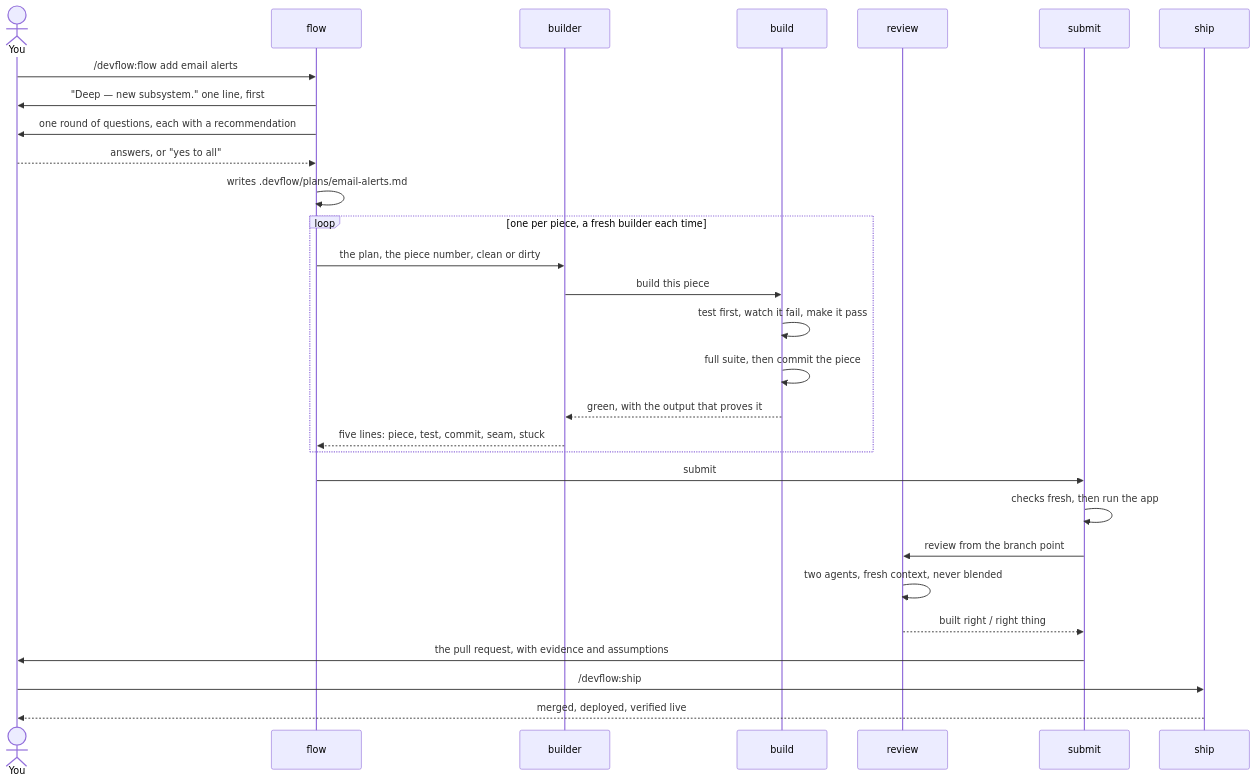
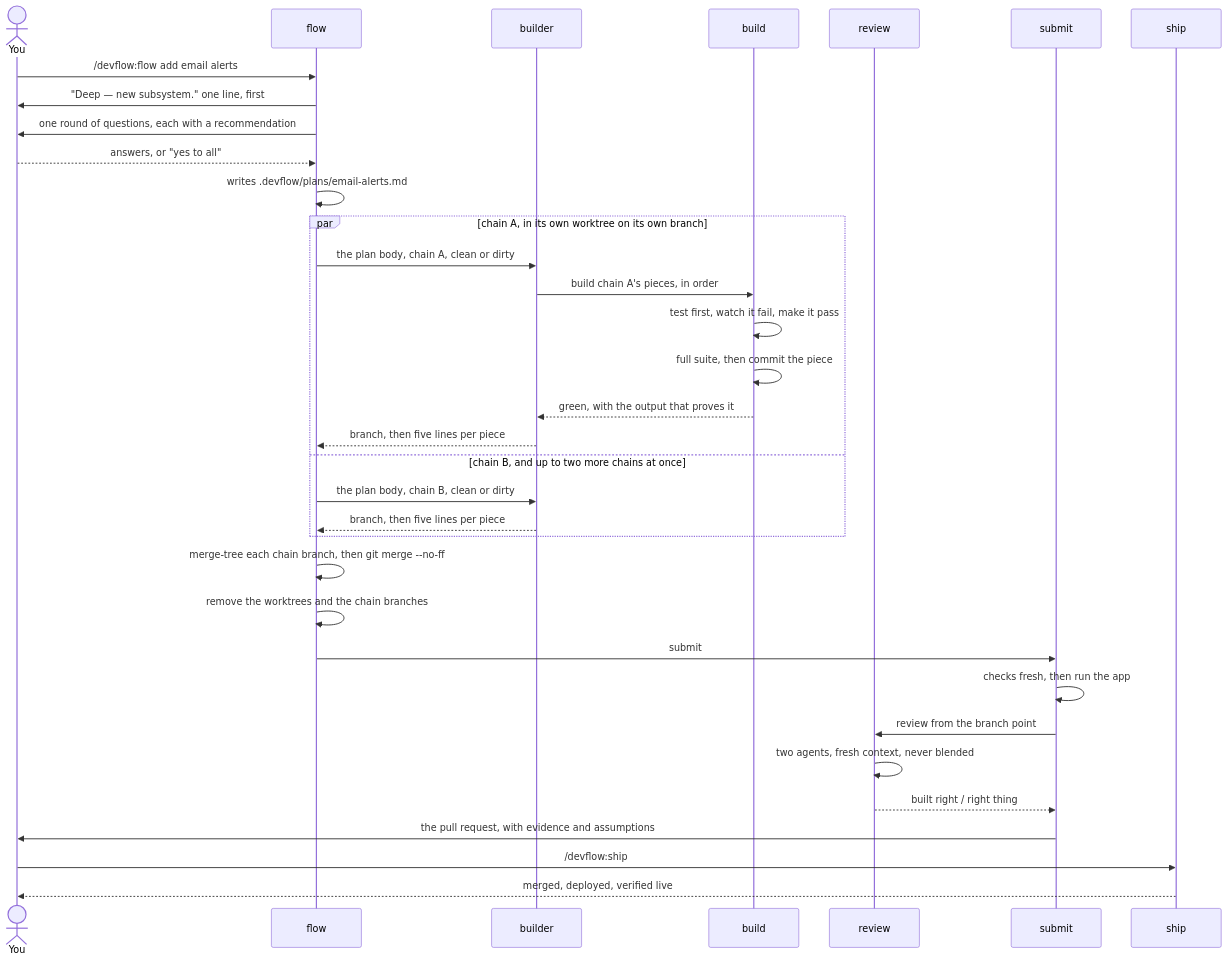
The second of 2 diagrams in docs/pipeline.md (eddiechok/agent-devflow), drawn with Mermaid before and after one commit. The commit also changed 2 other files, not shown here.

Commit message:
docs: describe one builder per chain, in parallel worktrees
`docs/flow.md` gains a "Chains and worktrees" section with the why: the
43-minute eight-piece run, chains rather than pieces as the unit, a worktree
per builder, merge-tree before every merge, why the merge is local and not a
PR merge, the four-at-once cap, and Sonnet as the human's call. The
"One builder per piece" section and the step 4 reason become chains.

`README.md`: the loop chart, the size table's Deep row, the `builder` sentence
in the skills table, the docs/flow.md row, and the stuck-builder bullet.
`docs/pipeline.md`: the sequence diagram's per-piece loop becomes a `par` over
two chains, followed by the merge and cleanup steps.

Concern: the README's "Cleanup of worktrees and folder copies" bullet was
narrowed to folder copies rather than dropped whole or left whole, because the
plan's cleanup covers worktrees but says nothing about folder copies.

````diff
--- a/docs/pipeline.md
+++ b/docs/pipeline.md
@@ -85,34 +85,39 @@
 ```mermaid
 sequenceDiagram
     actor You
     participant flow
     participant builder
     participant build
     participant review
     participant submit
     participant ship
 
     You->>flow: /devflow:flow add email alerts
     flow->>You: "Deep — new subsystem." one line, first
     flow->>You: one round of questions, each with a recommendation
     You-->>flow: answers, or "yes to all"
     flow->>flow: writes .devflow/plans/email-alerts.md
 
-    loop one per piece, a fresh builder each time
-        flow->>builder: the plan, the piece number, clean or dirty
-        builder->>build: build this piece
+    par chain A, in its own worktree on its own branch
+        flow->>builder: the plan body, chain A, clean or dirty
+        builder->>build: build chain A's pieces, in order
         build->>build: test first, watch it fail, make it pass
         build->>build: full suite, then commit the piece
         build-->>builder: green, with the output that proves it
-        builder-->>flow: five lines: piece, test, commit, seam, stuck
+        builder-->>flow: branch, then five lines per piece
+    and chain B, and up to two more chains at once
+        flow->>builder: the plan body, chain B, clean or dirty
+        builder-->>flow: branch, then five lines per piece
     end
 
+    flow->>flow: merge-tree each chain branch, then git merge --no-ff
+    flow->>flow: remove the worktrees and the chain branches
     flow->>submit: submit
     submit->>submit: checks fresh, then run the app
     submit->>review: review from the branch point
     review->>review: two agents, fresh context, never blended
     review-->>submit: built right / right thing
     submit->>You: the pull request, with evidence and assumptions
     You->>ship: /devflow:ship
     ship-->>You: merged, deployed, verified live
 ```
````
